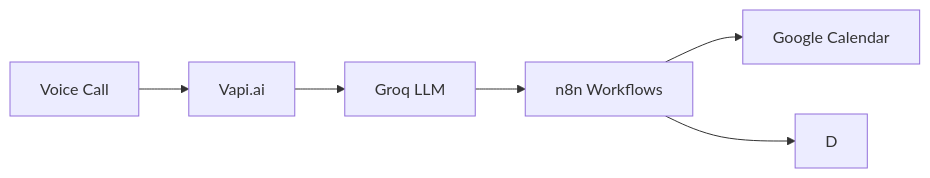
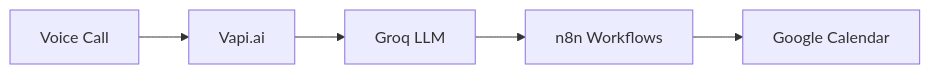
One commit to lovey7768/voice-ai-receptionist-n8n changed the diagram in README.md. Above: the diagram before and after it, drawn with Mermaid.

Commit message:
Remove redundant edge from workflow diagram

````diff
--- a/README.md
+++ b/README.md
@@ -118,9 +118,9 @@
 ```mermaid
 graph LR
   
     A2[Voice Call] --> H[Vapi.ai]
     H --> I[Groq LLM]
     I --> J[n8n Workflows]
     J --> K[Google Calendar]
-    J --> D
+    
 ```
````
